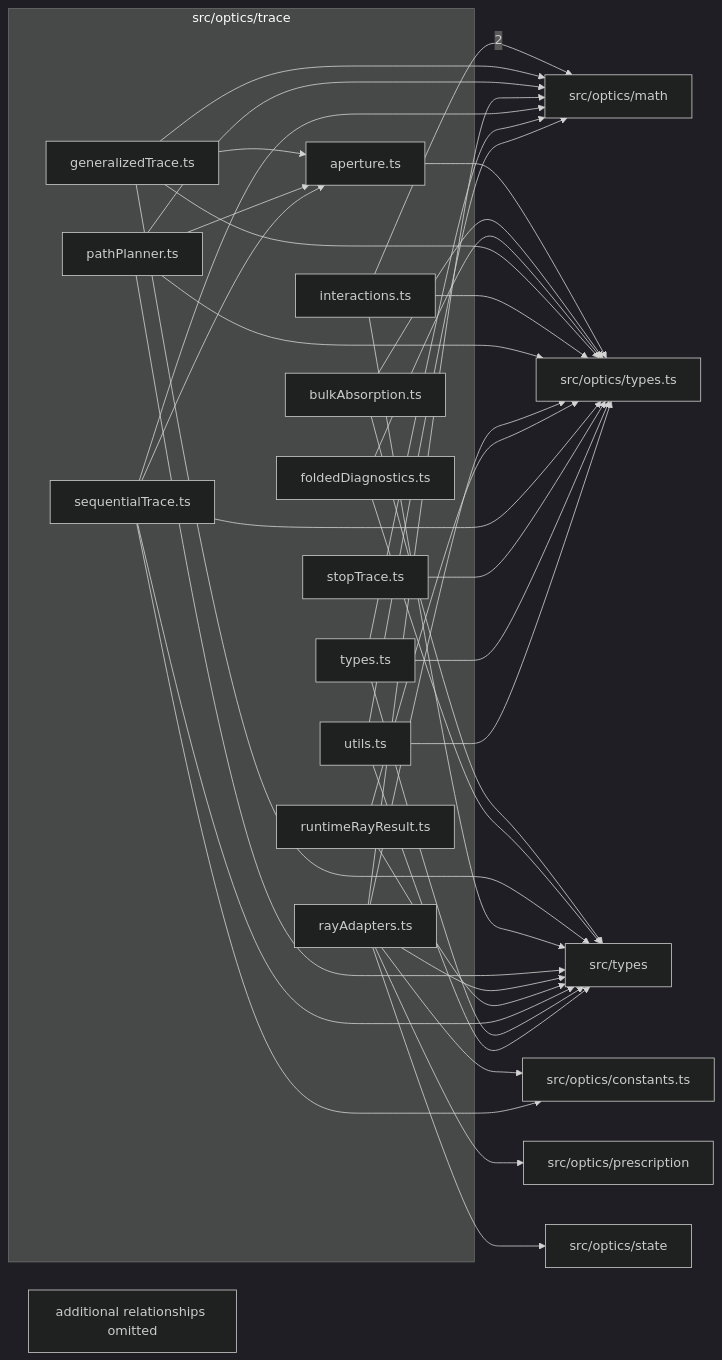
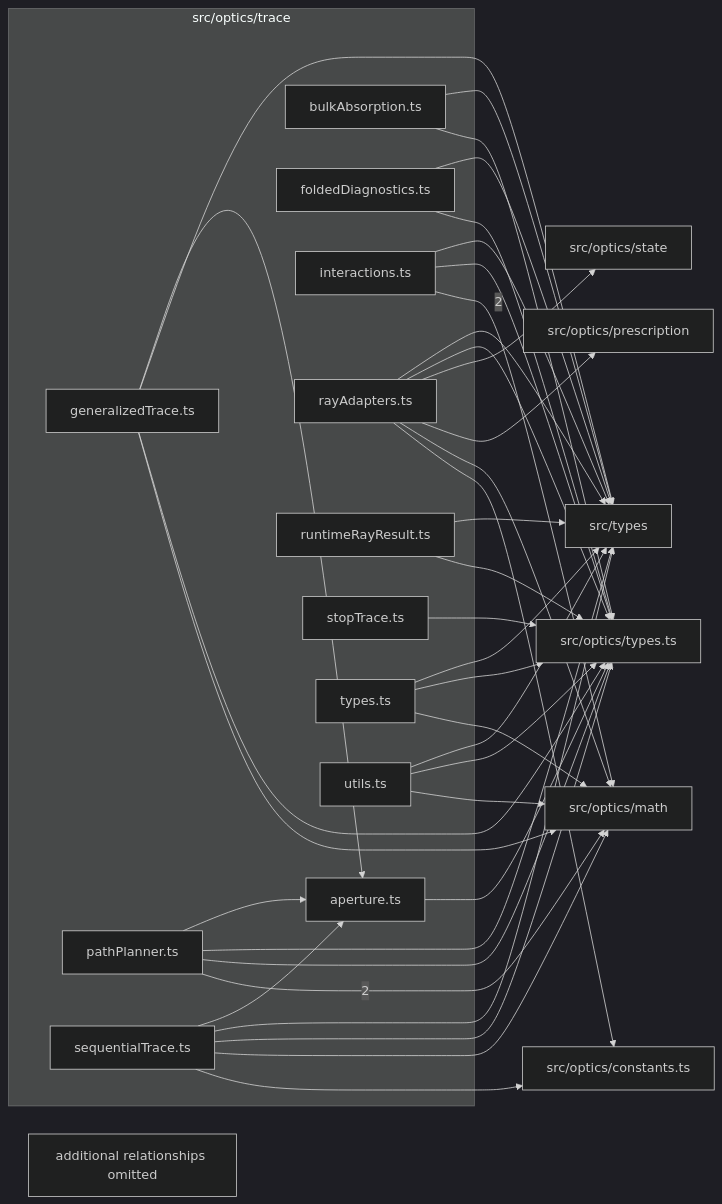
The diagram in src/optics/trace/readme.md (ronbuening/LensVisualizer), drawn with Mermaid (dark theme) before and after one commit. The commit also changed other lines of this file and 155 other files, not shown here.

````diff
--- a/src/optics/trace/readme.md
+++ b/src/optics/trace/readme.md
@@ -9,60 +9,60 @@
 ```mermaid
 flowchart LR
   subgraph n_src_optics_trace["src/optics/trace"]
     n_src_optics_trace_src_optics_trace_aperture_ts["aperture.ts"]
     n_src_optics_trace_src_optics_trace_bulkAbsorption_ts["bulkAbsorption.ts"]
     n_src_optics_trace_src_optics_trace_foldedDiagnostics_ts["foldedDiagnostics.ts"]
     n_src_optics_trace_src_optics_trace_generalizedTrace_ts["generalizedTrace.ts"]
     n_src_optics_trace_src_optics_trace_interactions_ts["interactions.ts"]
     n_src_optics_trace_src_optics_trace_pathPlanner_ts["pathPlanner.ts"]
     n_src_optics_trace_src_optics_trace_rayAdapters_ts["rayAdapters.ts"]
     n_src_optics_trace_src_optics_trace_runtimeRayResult_ts["runtimeRayResult.ts"]
     n_src_optics_trace_src_optics_trace_sequentialTrace_ts["sequentialTrace.ts"]
     n_src_optics_trace_src_optics_trace_stopTrace_ts["stopTrace.ts"]
     n_src_optics_trace_src_optics_trace_types_ts["types.ts"]
     n_src_optics_trace_src_optics_trace_utils_ts["utils.ts"]
   end
   n_external_src_optics_math["src/optics/math"]
   n_external_src_optics_constants_ts["src/optics/constants.ts"]
   n_external_src_optics_prescription["src/optics/prescription"]
   n_external_src_optics_state["src/optics/state"]
   n_external_src_optics_types_ts["src/optics/types.ts"]
   n_external_src_types["src/types"]
   n_src_optics_trace_src_optics_trace_interactions_ts --> |2| n_external_src_optics_math
+  n_src_optics_trace_src_optics_trace_pathPlanner_ts --> |2| n_external_src_optics_math
   n_src_optics_trace_src_optics_trace_rayAdapters_ts --> n_external_src_optics_constants_ts
   n_src_optics_trace_src_optics_trace_sequentialTrace_ts --> n_external_src_optics_constants_ts
   n_src_optics_trace_src_optics_trace_generalizedTrace_ts --> n_external_src_optics_math
-  n_src_optics_trace_src_optics_trace_pathPlanner_ts --> n_external_src_optics_math
   n_src_optics_trace_src_optics_trace_rayAdapters_ts --> n_external_src_optics_math
   n_src_optics_trace_src_optics_trace_sequentialTrace_ts --> n_external_src_optics_math
   n_src_optics_trace_src_optics_trace_types_ts --> n_external_src_optics_math
   n_src_optics_trace_src_optics_trace_utils_ts --> n_external_src_optics_math
   n_src_optics_trace_src_optics_trace_rayAdapters_ts --> n_external_src_optics_prescription
   n_src_optics_trace_src_optics_trace_rayAdapters_ts --> n_external_src_optics_state
   n_src_optics_trace_src_optics_trace_aperture_ts --> n_external_src_optics_types_ts
   n_src_optics_trace_src_optics_trace_bulkAbsorption_ts --> n_external_src_optics_types_ts
   n_src_optics_trace_src_optics_trace_foldedDiagnostics_ts --> n_external_src_optics_types_ts
   n_src_optics_trace_src_optics_trace_generalizedTrace_ts --> n_external_src_optics_types_ts
   n_src_optics_trace_src_optics_trace_interactions_ts --> n_external_src_optics_types_ts
   n_src_optics_trace_src_optics_trace_pathPlanner_ts --> n_external_src_optics_types_ts
   n_src_optics_trace_src_optics_trace_rayAdapters_ts --> n_external_src_optics_types_ts
   n_src_optics_trace_src_optics_trace_runtimeRayResult_ts --> n_external_src_optics_types_ts
   n_src_optics_trace_src_optics_trace_sequentialTrace_ts --> n_external_src_optics_types_ts
   n_src_optics_trace_src_optics_trace_stopTrace_ts --> n_external_src_optics_types_ts
   n_src_optics_trace_src_optics_trace_types_ts --> n_external_src_optics_types_ts
   n_src_optics_trace_src_optics_trace_utils_ts --> n_external_src_optics_types_ts
   n_src_optics_trace_src_optics_trace_bulkAbsorption_ts --> n_external_src_types
   n_src_optics_trace_src_optics_trace_foldedDiagnostics_ts --> n_external_src_types
   n_src_optics_trace_src_optics_trace_generalizedTrace_ts --> n_external_src_types
   n_src_optics_trace_src_optics_trace_interactions_ts --> n_external_src_types
   n_src_optics_trace_src_optics_trace_pathPlanner_ts --> n_external_src_types
   n_src_optics_trace_src_optics_trace_rayAdapters_ts --> n_external_src_types
   n_src_optics_trace_src_optics_trace_runtimeRayResult_ts --> n_external_src_types
   n_src_optics_trace_src_optics_trace_sequentialTrace_ts --> n_external_src_types
   n_src_optics_trace_src_optics_trace_types_ts --> n_external_src_types
   n_src_optics_trace_src_optics_trace_utils_ts --> n_external_src_types
   n_src_optics_trace_src_optics_trace_generalizedTrace_ts --> n_src_optics_trace_src_optics_trace_aperture_ts
   n_src_optics_trace_src_optics_trace_pathPlanner_ts --> n_src_optics_trace_src_optics_trace_aperture_ts
   n_src_optics_trace_src_optics_trace_sequentialTrace_ts --> n_src_optics_trace_src_optics_trace_aperture_ts
   n_src_optics_trace_truncated["additional relationships omitted"]
 ```
````
